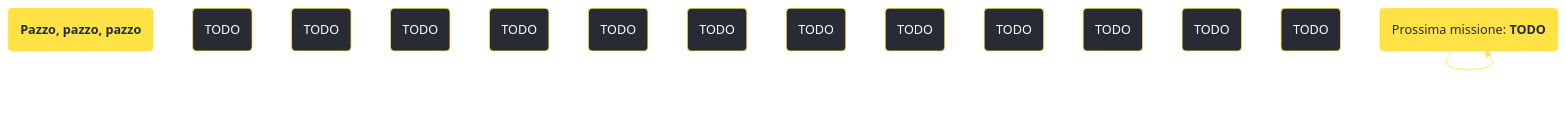
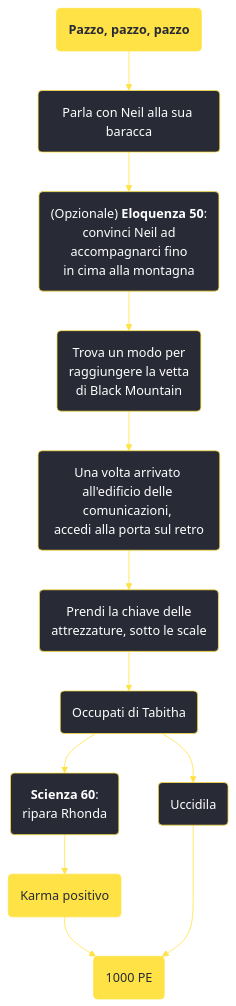
Before and after one commit to persy/wastelander: the diagram in content/voci/fallout new vegas/missioni/Pazzo, pazzo, pazzo.md, drawn with Mermaid. The commit also changed 174 other files, not shown here.

````diff
--- a/content/voci/fallout new vegas/missioni/Pazzo, pazzo, pazzo.md
+++ b/content/voci/fallout new vegas/missioni/Pazzo, pazzo, pazzo.md
@@ -32,24 +32,23 @@
 ```mermaid
 %%{init: {'theme': 'base', 'themeVariables': { 'primaryColor': '#282a36', 'primaryBorderColor': '#ffe245', 'primaryTextColor': '#fff', 'lineColor': '#ffe245', 'fontFamily': 'Jura'}}}%%
 graph TD;
     id1(<b>Pazzo, pazzo, pazzo</b>):::questfnv
-    id2(TODO)
-    id3(TODO)
-    id4(TODO)
-    id5(TODO)
-    id6(TODO)
-    id7(TODO) 
-    id8(TODO)
-    id9(TODO)
-    id10(TODO)
-    id11(TODO)
-    id12(TODO)
-    id13(TODO) 
-    id(TODO):::rewardfnv
-    id(Prossima missione: <b>TODO</b>):::questfnv
-    id-->id-->id-->id-->id-->id-->id
+    id2(Parla con Neil alla sua baracca)
+    id3("(Opzionale) <b>Eloquenza 50</b>: <br />convinci Neil ad <br />accompagnarci fino <br />in cima alla montagna")
+    id4(Trova un modo per <br />raggiungere la vetta <br />di Black Mountain)
+    id5(Una volta arrivato <br />all'edificio delle comunicazioni, <br />accedi alla porta sul retro)
+    id6(Prendi la chiave delle <br />attrezzature, sotto le scale)
+    id7(Occupati di Tabitha) 
+    id8(Uccidila)
+    id9(<b>Scienza 60</b>: <br />ripara Rhonda)
+    id10(Karma positivo):::rewardfnv
+    id11(1000 PE):::rewardfnv
+
+    id1-->id2-->id3-->id4-->id5-->id6-->id7-->id8 & id9
+    id9-->id10-->id11
+    id8--->id11
     
-    click id "../TODO"
+    
     classDef rewardfnv fill:#ffe245, stroke:#ffe245, color:#282a36;
     classDef questfnv fill:#ffe245, stroke:#ffe245, color:#282a36;
 ```
````
